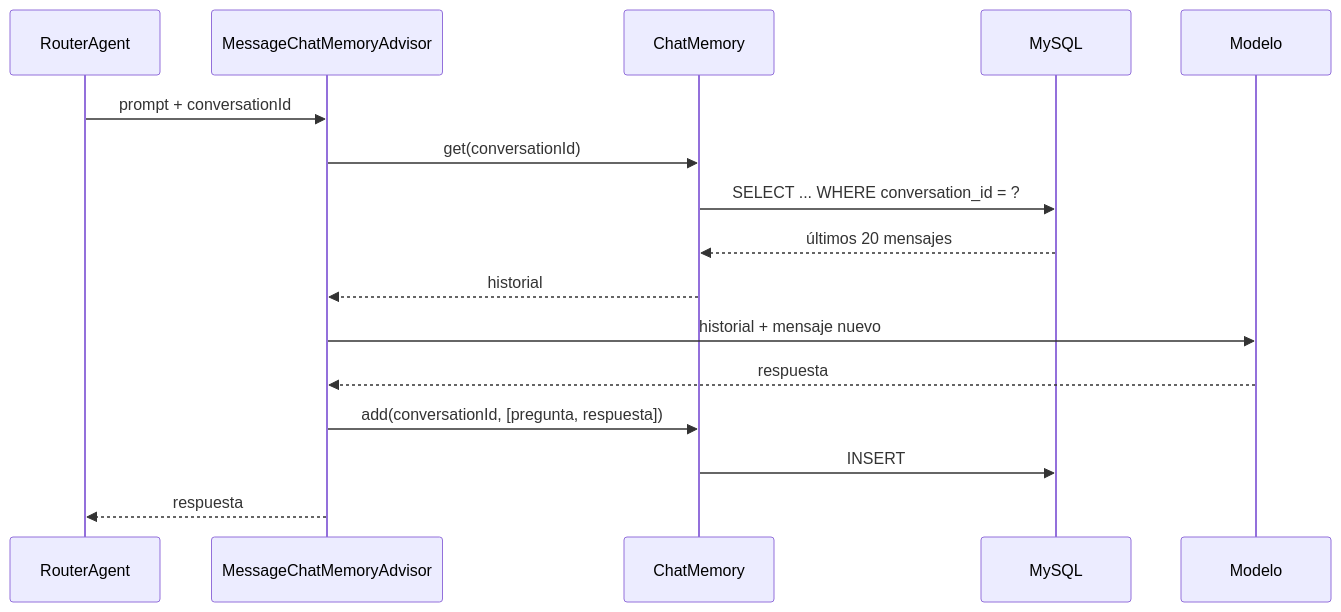
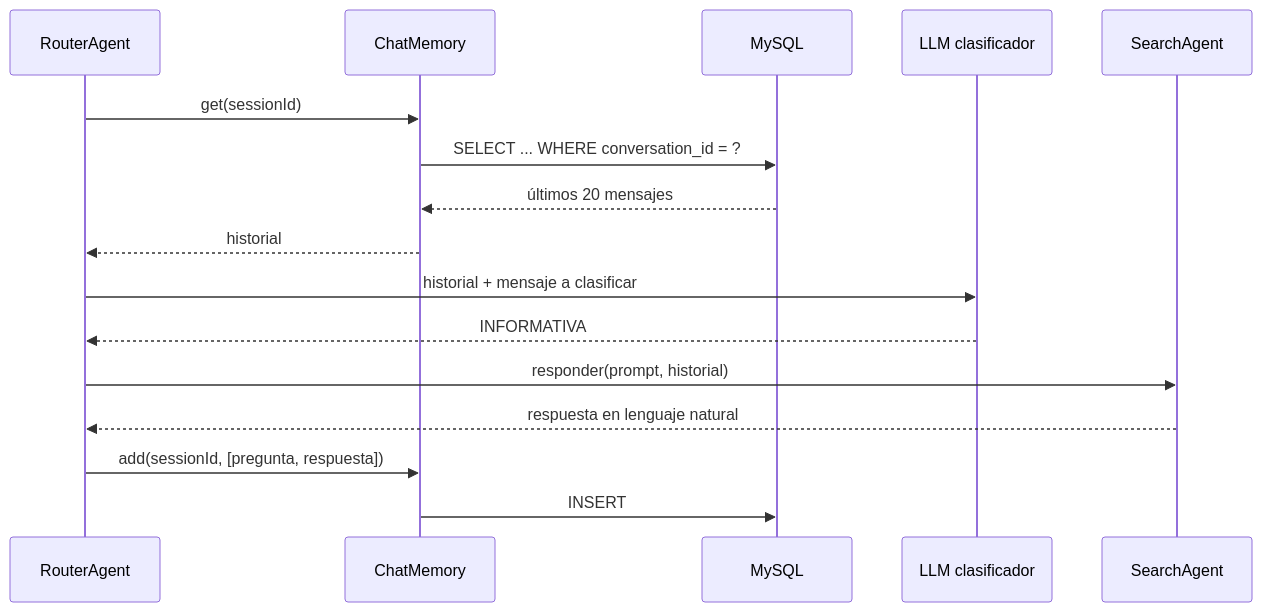
One commit to xxce10xx/agents-spring changed the sixth of 11 diagrams in README.md. Above: the diagram before and after it, drawn with Mermaid. The commit also changed other lines of this file and 19 other files, not shown here.

Commit message:
The Search agent was added, documents were loaded into Qdrant, and RAG was configured.

````diff
--- a/README.md
+++ b/README.md
@@ -392,19 +698,19 @@
 ```mermaid
 sequenceDiagram
-    participant A as RouterAgent
-    participant AD as MessageChatMemoryAdvisor
+    participant R as RouterAgent
     participant M as ChatMemory
     participant DB as MySQL
-    participant LLM as Modelo
+    participant L as LLM clasificador
+    participant S as SearchAgent
 
-    A->>AD: prompt + conversationId
-    AD->>M: get(conversationId)
+    R->>M: get(sessionId)
     M->>DB: SELECT ... WHERE conversation_id = ?
     DB-->>M: últimos 20 mensajes
-    M-->>AD: historial
-    AD->>LLM: historial + mensaje nuevo
-    LLM-->>AD: respuesta
-    AD->>M: add(conversationId, [pregunta, respuesta])
+    M-->>R: historial
+    R->>L: historial + mensaje a clasificar
+    L-->>R: INFORMATIVA
+    R->>S: responder(prompt, historial)
+    S-->>R: respuesta en lenguaje natural
+    R->>M: add(sessionId, [pregunta, respuesta])
     M->>DB: INSERT
-    AD-->>A: respuesta
 ```
````
